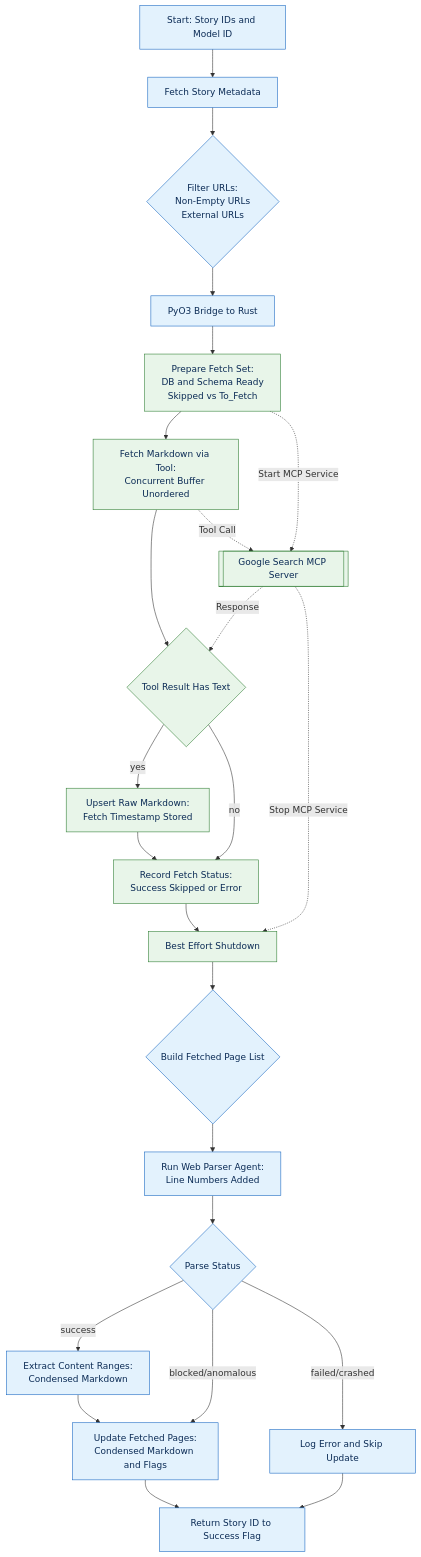
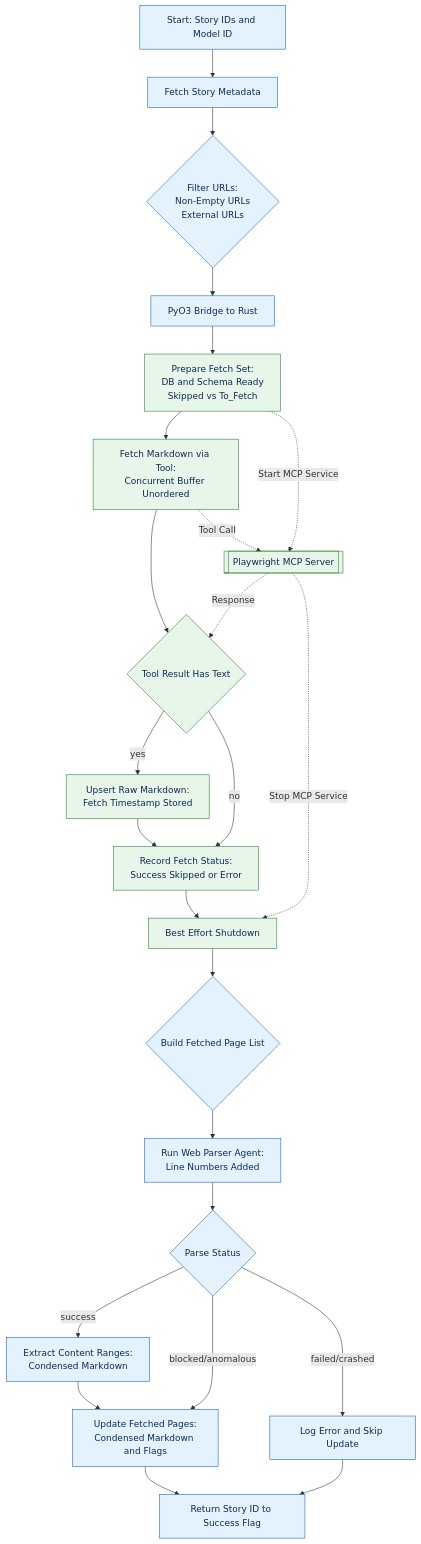
One commit to ceshine/ceshine-hugo changed the third of 5 diagrams in content/post/20260211-hacker-news-reader/index.md. Above: the diagram before and after it, drawn with Mermaid. The commit also changed other lines of this file, not shown here.

````diff
--- a/content/post/20260211-hacker-news-reader/index.md
+++ b/content/post/20260211-hacker-news-reader/index.md
@@ -155,37 +154,37 @@
 ```mermaid
 flowchart TD
     START[Start: Story IDs and Model ID]:::python
     META[Fetch Story Metadata]:::python
     FILTER{Filter URLs:<br>Non-Empty URLs<br>External URLs}:::python
     BRIDGE[PyO3 Bridge to Rust]:::python
     RUST_PREP[Prepare Fetch Set:<br>DB and Schema Ready<br>Skipped vs To_Fetch]:::rust
-    MCP_SPAWN[[Google Search MCP Server]]:::rust
+    MCP_SPAWN[[Playwright MCP Server]]:::rust
     RUST_FETCH[Fetch Markdown via Tool:<br>Concurrent Buffer Unordered]:::rust
     TOOL_OK{Tool Result Has Text}:::rust
     UPSERT_RAW[Upsert Raw Markdown:<br>Fetch Timestamp Stored]:::rust
     FETCH_STATUS[Record Fetch Status:<br>Success Skipped or Error]:::rust
     MCP_SHUTDOWN[Best Effort Shutdown]:::rust
     PAGE_LIST{Build Fetched Page List}:::python
     WEBPARSER[Run Web Parser Agent:<br>Line Numbers Added]:::python
     PARSE_STATUS{Parse Status}:::python
     CONDENSE[Extract Content Ranges:<br>Condensed Markdown]:::python
     PARSE_ERROR[Log Error and Skip Update]:::python
     UPDATE_PAGES[Update Fetched Pages:<br>Condensed Markdown and Flags]:::python
     RETURN_FLAGS[Return Story ID to Success Flag]:::python
 
     START --> META --> FILTER
     FILTER --> BRIDGE --> RUST_PREP --> RUST_FETCH --> TOOL_OK
     RUST_PREP -.->|Start MCP Service| MCP_SPAWN
     RUST_FETCH -.->|Tool Call| MCP_SPAWN
     MCP_SPAWN -.->|Response| TOOL_OK
     TOOL_OK -->|yes| UPSERT_RAW --> FETCH_STATUS
     TOOL_OK -->|no| FETCH_STATUS
     FETCH_STATUS --> MCP_SHUTDOWN --> PAGE_LIST --> WEBPARSER --> PARSE_STATUS
     MCP_SPAWN -.->|Stop MCP Service| MCP_SHUTDOWN
     PARSE_STATUS -->|success| CONDENSE --> UPDATE_PAGES --> RETURN_FLAGS
     PARSE_STATUS -->|blocked/anomalous| UPDATE_PAGES
     PARSE_STATUS -->|failed/crashed| PARSE_ERROR --> RETURN_FLAGS
 
     classDef rust fill:#e8f5e9,stroke:#2e7d32,stroke-width:1px,color:#0b2b55;
     classDef python fill:#e3f2fd,stroke:#1565c0,stroke-width:1px,color:#0b2b55;
 ```
````
